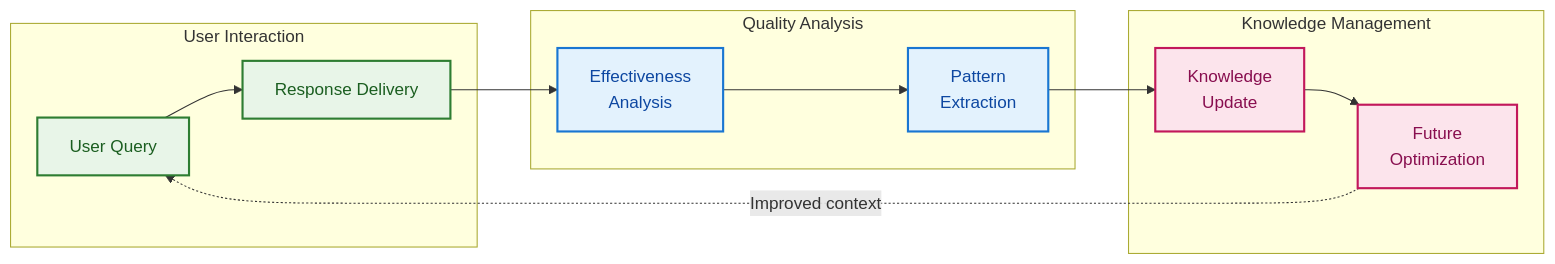
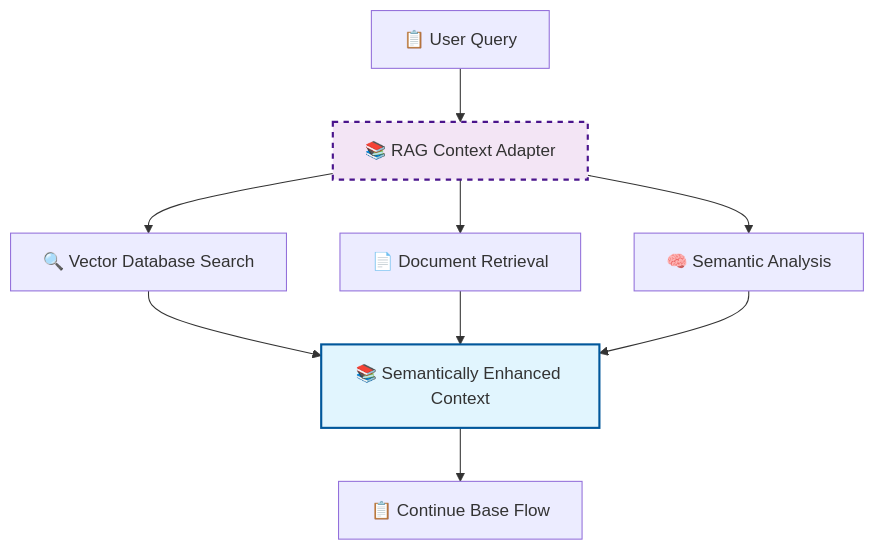
The seventh of 9 diagrams in docs/design/flow.phase.1.md (zhifengzhang-sz/mcp-server), drawn with Mermaid before and after one commit. The commit also changed other lines of this file and 5 other files, not shown here.

````diff
--- a/docs/design/flow.phase.1.md
+++ b/docs/design/flow.phase.1.md
@@ -315,34 +345,16 @@
 ```mermaid
-graph LR
-    subgraph Interaction ["User Interaction"]
-        UserQuery[User Query]
-        ResponseDelivery[Response Delivery]
-    end
+flowchart TD
+    Query[📋 User Query] --> RAGAdapter[📚 RAG Context Adapter]
+    RAGAdapter --> VectorSearch[🔍 Vector Database Search]
+    RAGAdapter --> DocumentRetrieval[📄 Document Retrieval]
+    RAGAdapter --> SemanticAnalysis[🧠 Semantic Analysis]
     
-    subgraph Analysis ["Quality Analysis"]
-        EffectivenessAnalysis[Effectiveness<br/>Analysis]
-        PatternExtraction[Pattern<br/>Extraction]
-    end
+    VectorSearch --> EnhancedContext[📚 Semantically Enhanced Context]
+    DocumentRetrieval --> EnhancedContext
+    SemanticAnalysis --> EnhancedContext
     
-    subgraph Learning ["Knowledge Management"]
-        KnowledgeUpdate[Knowledge<br/>Update]
-        FutureOptimization[Future<br/>Optimization]
-    end
+    EnhancedContext --> BaseFlow[📋 Continue Base Flow]
     
-    UserQuery --> ResponseDelivery
-    ResponseDelivery --> EffectivenessAnalysis
-    EffectivenessAnalysis --> PatternExtraction
-    PatternExtraction --> KnowledgeUpdate
-    KnowledgeUpdate --> FutureOptimization
-    FutureOptimization -.->|"Improved context"| UserQuery
-    
-    %% Clean color scheme
-    classDef interaction fill:#e8f5e8,stroke:#2e7d32,stroke-width:2px,color:#1b5e20
-    classDef analysis fill:#e3f2fd,stroke:#1976d2,stroke-width:2px,color:#0d47a1
-    classDef learning fill:#fce4ec,stroke:#c2185b,stroke-width:2px,color:#880e4f
-    classDef feedback stroke:#ff9800,stroke-width:3px,stroke-dasharray: 5 5
-    
-    class UserQuery,ResponseDelivery interaction
-    class EffectivenessAnalysis,PatternExtraction analysis
-    class KnowledgeUpdate,FutureOptimization learning
+    style RAGAdapter fill:#f3e5f5,stroke:#4a148c,stroke-width:2px,stroke-dasharray: 5 5
+    style EnhancedContext fill:#e1f5fe,stroke:#01579b,stroke-width:2px
 ```
````
